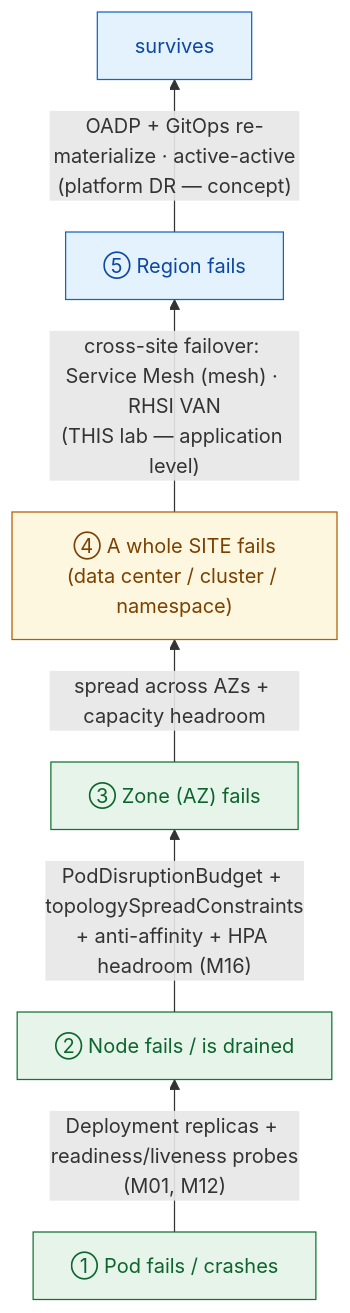
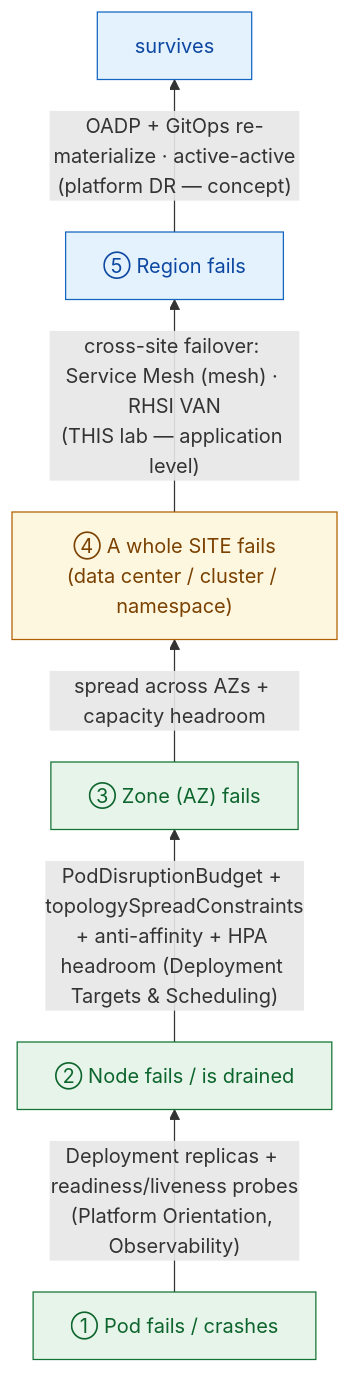
One commit to serhat-dirik/OCP-Getting-Started-Revamped changed the first of 4 diagrams in content/modules/ROOT/pages/resilience-multicluster-dr/concept.adoc. Above: the diagram before and after it, drawn with Mermaid. The commit also changed other lines of this file and 7 other files, not shown here.

```diff
--- a/content/modules/ROOT/pages/resilience-multicluster-dr/concept.adoc
+++ b/content/modules/ROOT/pages/resilience-multicluster-dr/concept.adoc
@@ -36,18 +36,18 @@
 [mermaid]
 ....
 graph BT
   pod["① Pod fails / crashes"]
   node["② Node fails / is drained"]
   zone["③ Zone (AZ) fails"]
   site["④ A whole SITE fails<br/>(data center / cluster / namespace)"]
   region["⑤ Region fails"]
-  pod -->|"Deployment replicas + readiness/liveness probes<br/>(M01, M12)"| node
-  node -->|"PodDisruptionBudget + topologySpreadConstraints<br/>+ anti-affinity + HPA headroom (M16)"| zone
+  pod -->|"Deployment replicas + readiness/liveness probes<br/>(Platform Orientation, Observability)"| node
+  node -->|"PodDisruptionBudget + topologySpreadConstraints<br/>+ anti-affinity + HPA headroom (Deployment Targets & Scheduling)"| zone
   zone -->|"spread across AZs + capacity headroom"| site
   site -->|"cross-site failover: Service Mesh (mesh) · RHSI VAN<br/>(THIS lab — application level)"| region
   region -->|"OADP + GitOps re-materialize · active-active<br/>(platform DR — concept)"| top["survives"]
   classDef inapp fill:#e6f4ea,stroke:#137333,color:#0d652d;
   classDef failover fill:#fef7e0,stroke:#b06000,color:#7a4100;
   classDef dr fill:#e3f2fd,stroke:#1565c0,color:#0d47a1;
   class pod,node,zone inapp; class site failover; class region dr; class top dr;
 ....
```
